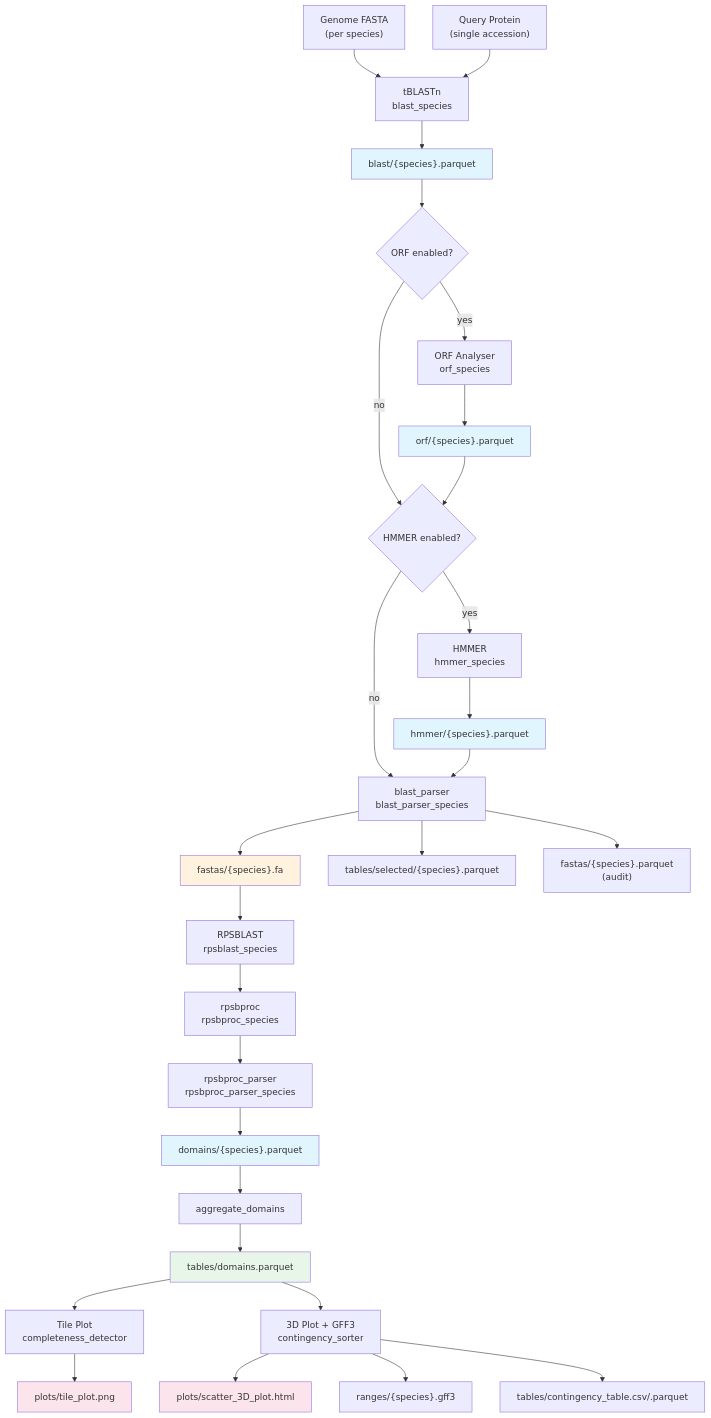
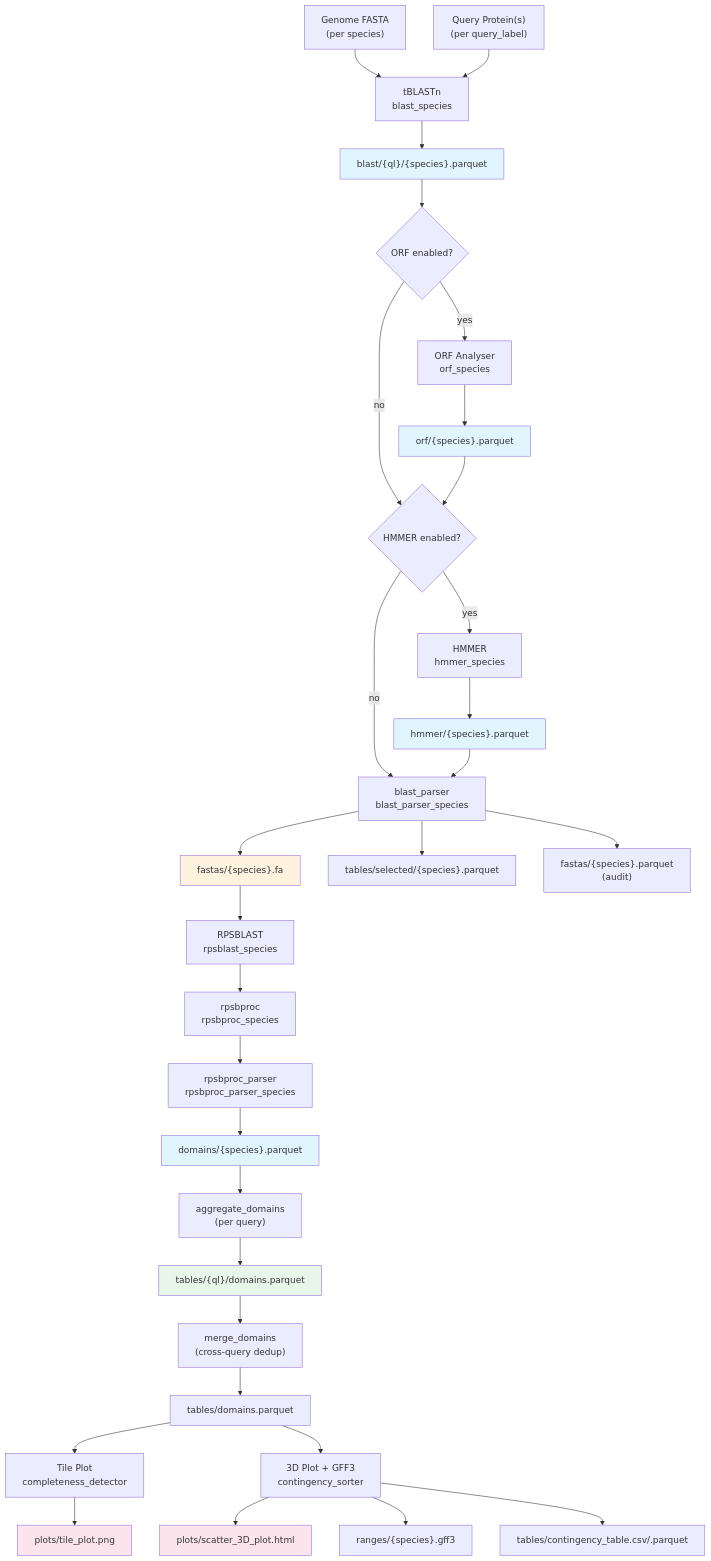
One commit to JorgeAndOmics/rpsHunter changed the first of 3 diagrams in docs/architecture.md. Above: the diagram before and after it, drawn with Mermaid. The commit also changed other lines of this file and 19 other files, not shown here.

````diff
--- a/docs/architecture.md
+++ b/docs/architecture.md
@@ -14,39 +16,41 @@
 ```mermaid
 graph TD
     A["Genome FASTA<br/>(per species)"] --> B["tBLASTn<br/>blast_species"]
-    Q["Query Protein<br/>(single accession)"] --> B
-    B --> C["blast/{species}.parquet"]
+    Q["Query Protein(s)<br/>(per query_label)"] --> B
+    B --> C["blast/{ql}/{species}.parquet"]
     C --> D{ORF enabled?}
     D -->|yes| E["ORF Analyser<br/>orf_species"]
     D -->|no| F{HMMER enabled?}
     E --> E2["orf/{species}.parquet"]
     E2 --> F
     F -->|yes| G["HMMER<br/>hmmer_species"]
     F -->|no| H["blast_parser<br/>blast_parser_species"]
     G --> G2["hmmer/{species}.parquet"]
     G2 --> H
     H --> I["fastas/{species}.fa"]
     H --> I2["tables/selected/{species}.parquet"]
     H --> I3["fastas/{species}.parquet<br/>(audit)"]
     I --> J["RPSBLAST<br/>rpsblast_species"]
     J --> K["rpsbproc<br/>rpsbproc_species"]
     K --> L["rpsbproc_parser<br/>rpsbproc_parser_species"]
     L --> M["domains/{species}.parquet"]
-    M --> N["aggregate_domains"]
-    N --> O["tables/domains.parquet"]
-    O --> P1["Tile Plot<br/>completeness_detector"]
-    O --> P2["3D Plot + GFF3<br/>contingency_sorter"]
+    M --> N["aggregate_domains<br/>(per query)"]
+    N --> O["tables/{ql}/domains.parquet"]
+    O --> MM["merge_domains<br/>(cross-query dedup)"]
+    MM --> MO["tables/domains.parquet"]
+    MO --> P1["Tile Plot<br/>completeness_detector"]
+    MO --> P2["3D Plot + GFF3<br/>contingency_sorter"]
     P1 --> R1["plots/tile_plot.png"]
     P2 --> R2["plots/scatter_3D_plot.html"]
     P2 --> R3["ranges/{species}.gff3"]
     P2 --> R4["tables/contingency_table.csv/.parquet"]
 
     style C fill:#e1f5fe
     style E2 fill:#e1f5fe
     style G2 fill:#e1f5fe
     style I fill:#fff3e0
     style M fill:#e1f5fe
     style O fill:#e8f5e9
     style R1 fill:#fce4ec
     style R2 fill:#fce4ec
 ```
````
